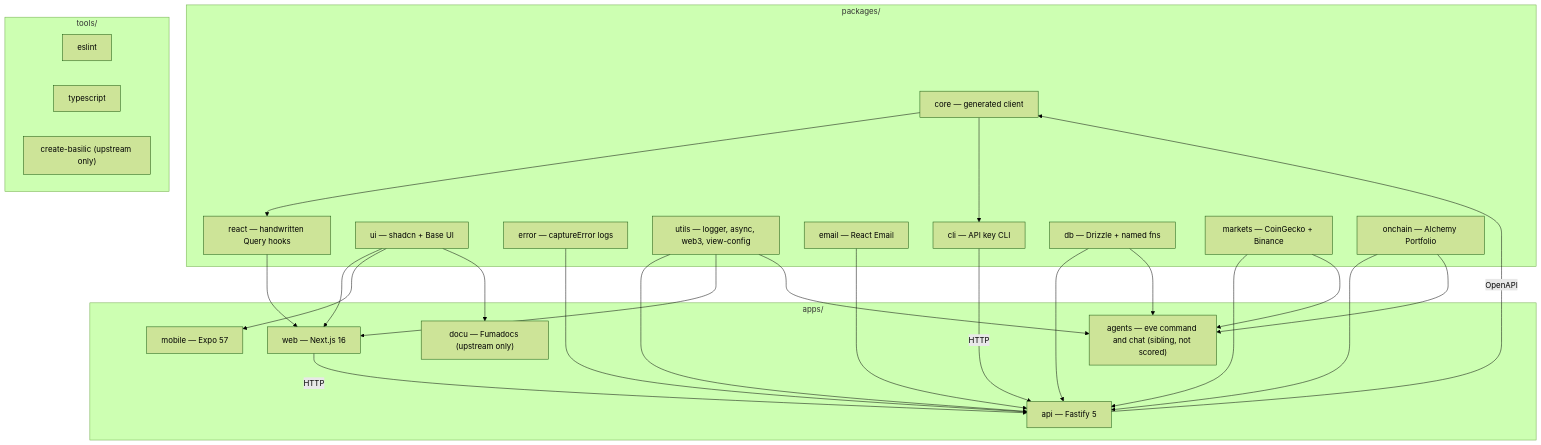
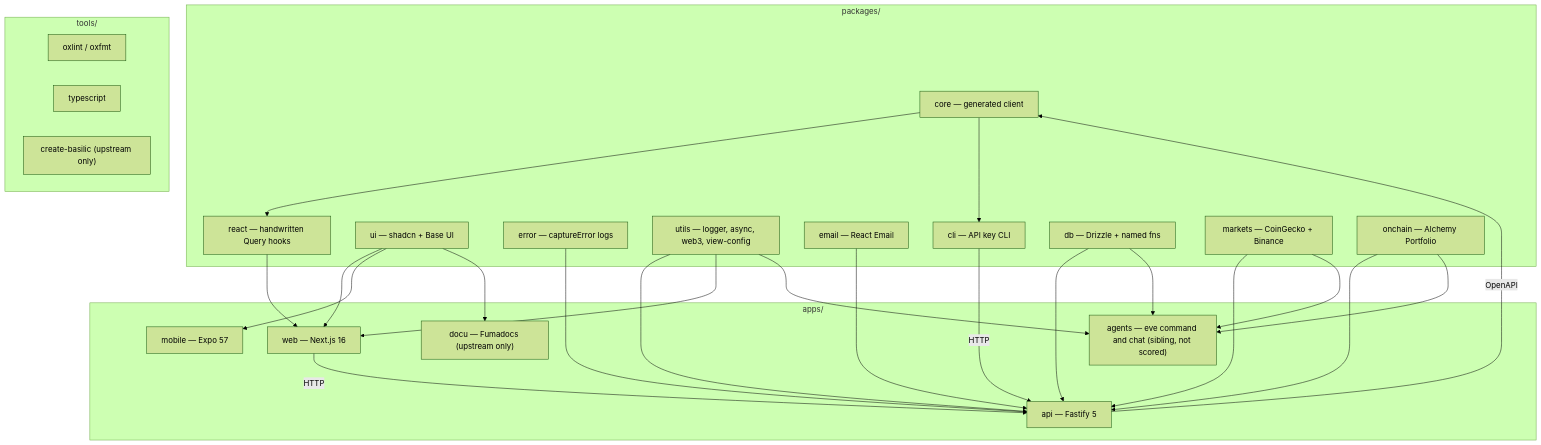
The diagram in apps/docu/content/docs/architecture/monorepo.mdx (blockmatic/basilic), drawn with Mermaid (forest theme) before and after one commit. The commit also changed other lines of this file and 1048 other files, not shown here.

First line of the commit message:
refactor(tooling): migrate to ultracite oxlint and oxfmt (#270)

````diff
--- a/apps/docu/content/docs/architecture/monorepo.mdx
+++ b/apps/docu/content/docs/architecture/monorepo.mdx
@@ -8,50 +8,50 @@
 ```mermaid
 flowchart TB
   subgraph Packages["packages/"]
     Core["core — generated client"]
     React["react — handwritten Query hooks"]
     UI["ui — shadcn + Base UI"]
     Error["error — captureError logs"]
     Utils["utils — logger, async, web3, view-config"]
     Email["email — React Email"]
     Cli["cli — API key CLI"]
     Db["db — Drizzle + named fns"]
     Markets["markets — CoinGecko + Binance"]
     Onchain["onchain — Alchemy Portfolio"]
   end
 
   subgraph Apps["apps/"]
     API["api — Fastify 5"]
     Web["web — Next.js 16"]
     Mobile["mobile — Expo 57"]
     Agents["agents — eve command and chat (sibling, not scored)"]
     Docu["docu — Fumadocs (upstream only)"]
   end
 
   subgraph Tools["tools/"]
-    Eslint["eslint"]
+    Oxlint["oxlint / oxfmt"]
     Ts["typescript"]
     Create["create-basilic (upstream only)"]
   end
 
   API -->|OpenAPI| Core
   Core --> React
   Core --> Cli
   React --> Web
   UI --> Web
   UI --> Mobile
   UI --> Docu
   Error --> API
   Utils --> API
   Utils --> Web
   Utils --> Agents
   Email --> API
   Db --> API
   Markets --> API
   Onchain --> API
   Db --> Agents
   Markets --> Agents
   Onchain --> Agents
   Web -->|HTTP| API
   Cli -->|HTTP| API
 ```
````
